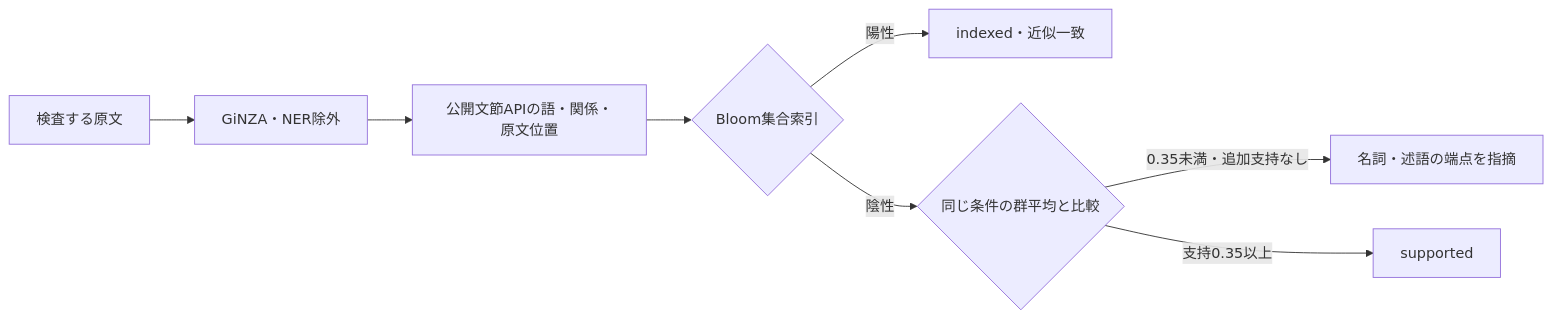
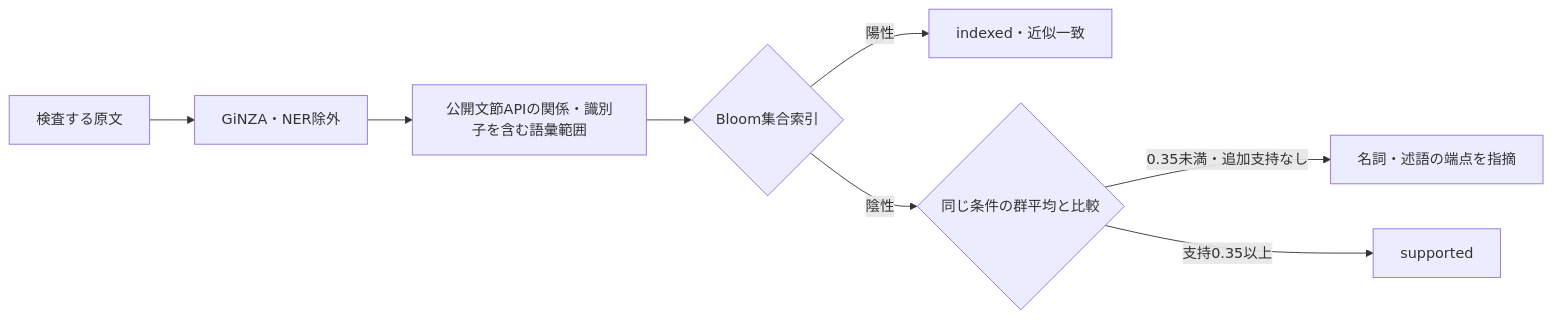
Before and after one commit to karin0624/use-native-japanese: the first of 2 diagrams in docs/architecture.md, drawn with Mermaid. The commit also changed other lines of this file and 9 other files, not shown here.

````diff
--- a/docs/architecture.md
+++ b/docs/architecture.md
@@ -7,10 +7,10 @@
 ```mermaid
 flowchart LR
   A[検査する原文] --> B[GiNZA・NER除外]
-  B --> C[公開文節APIの語・関係・原文位置]
+  B --> C[公開文節APIの関係・識別子を含む語彙範囲]
   C --> D{Bloom集合索引}
   D -->|陽性| E[indexed・近似一致]
   D -->|陰性| F{同じ条件の群平均と比較}
   F -->|0.35未満・追加支持なし| G[名詞・述語の端点を指摘]
   F -->|支持0.35以上| H[supported]
 ```
````
